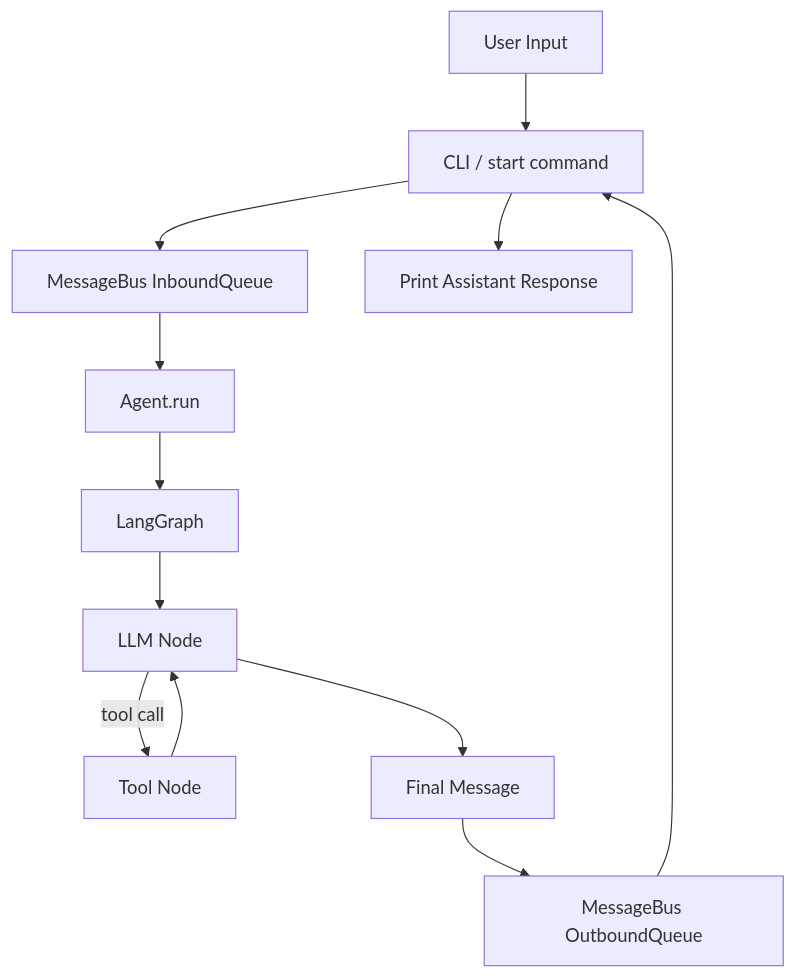
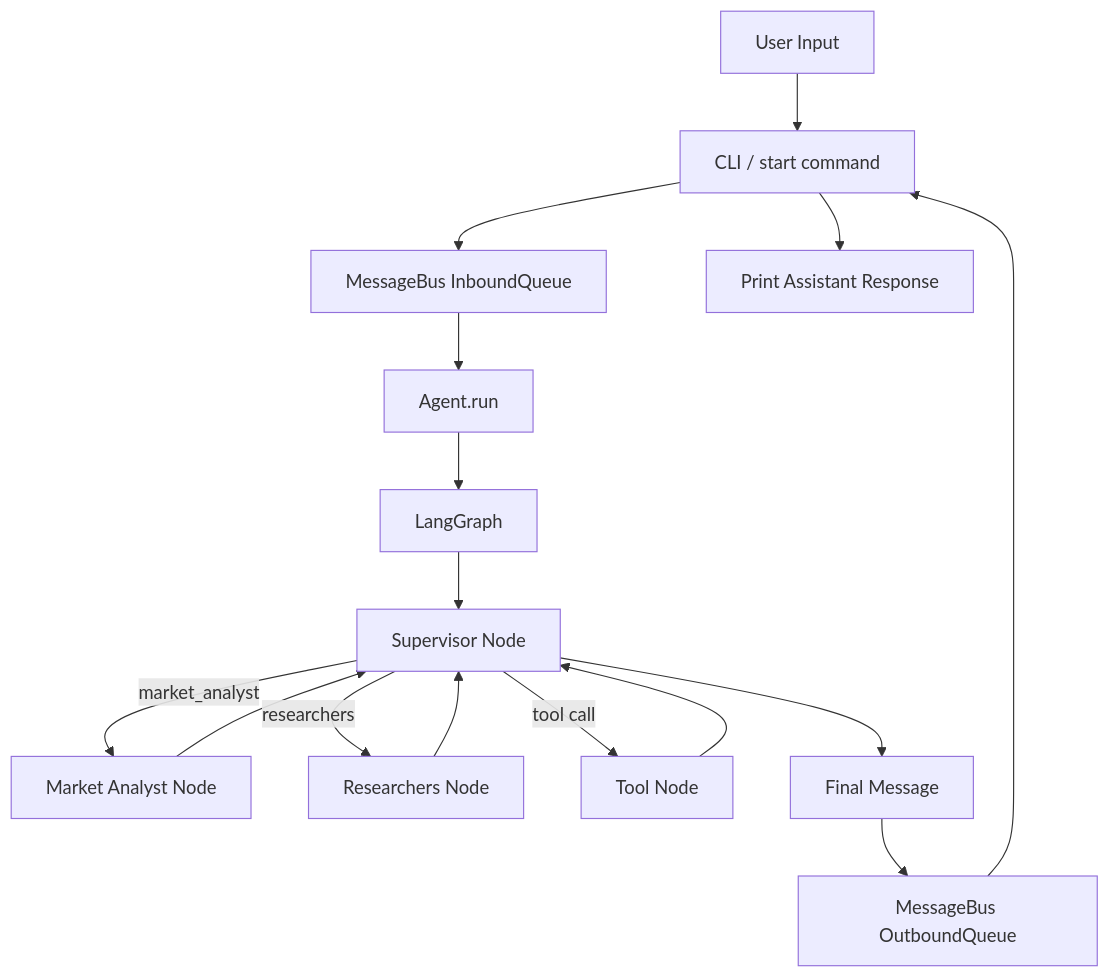
Before and after one commit to huangyj-a/Finabot: the diagram in docs/architecture.md, drawn with Mermaid. The commit also changed other lines of this file and 83 other files, not shown here.

````diff
--- a/docs/architecture.md
+++ b/docs/architecture.md
@@ -5,14 +5,18 @@
 ```mermaid
 flowchart TD
     U[User Input] --> C[CLI / start command]
     C --> B1[MessageBus InboundQueue]
     B1 --> A[Agent.run]
     A --> G[LangGraph]
-    G --> L[LLM Node]
-    L -->|tool call| T[Tool Node]
-    T --> L
-    L --> F[Final Message]
+  G --> S[Supervisor Node]
+  S -->|market_analyst| M[Market Analyst Node]
+  S -->|researchers| R[Researchers Node]
+  S -->|tool call| T[Tool Node]
+  M --> S
+  R --> S
+  T --> S
+  S --> F[Final Message]
     F --> B2[MessageBus OutboundQueue]
     B2 --> C
     C --> O[Print Assistant Response]
 ```
````
